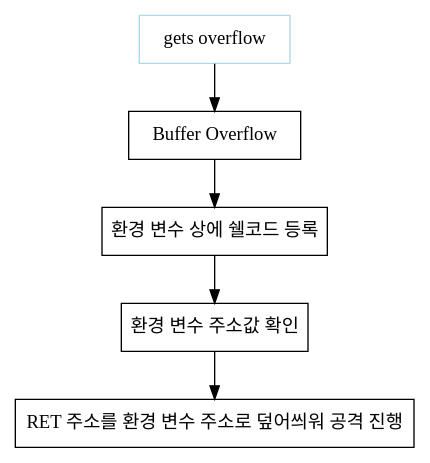
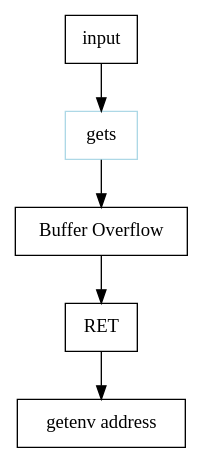
Before and after one commit to joizel/ctf_writeup: the diagram in docs/wargame/pwnable/lob3.rst, drawn with Graphviz. The commit also changed other lines of this file and 3 other files, not shown here.

```diff
--- a/docs/wargame/pwnable/lob3.rst
+++ b/docs/wargame/pwnable/lob3.rst
@@ -5,11 +6,11 @@
 .. graphviz::
 
     digraph foo {
         a -> b -> c -> d -> e;
 
-        a [shape=box, color=lightblue, label="gets overflow"];
-        b [shape=box, label="Buffer Overflow"];
-        c [shape=box, label="환경 변수 상에 쉘코드 등록"];
-        d [shape=box, label="환경 변수 주소값 확인"];
-        e [shape=box, label="RET 주소를 환경 변수 주소로 덮어씌워 공격 진행"];
+        a [shape=box, label="input"];
+        b [shape=box, color=lightblue, label="gets"];
+        c [shape=box, label="Buffer Overflow"];
+        d [shape=box, label="RET"];
+        e [shape=box, label="getenv address"];
     }
```
